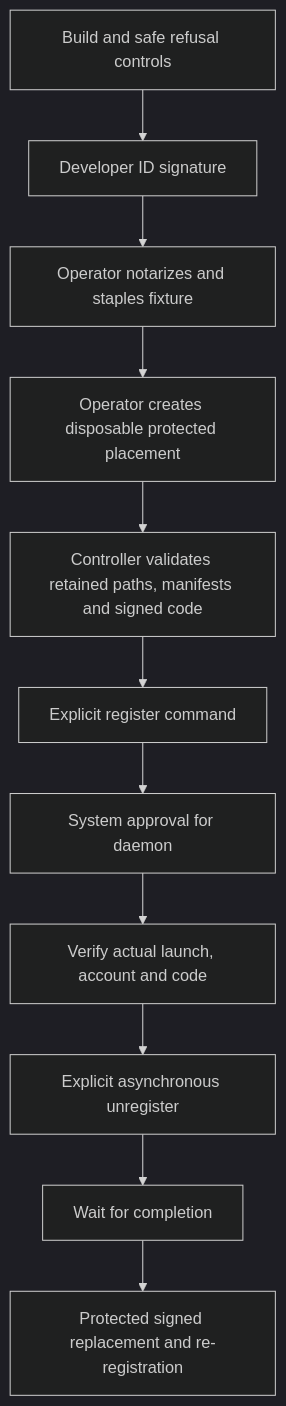
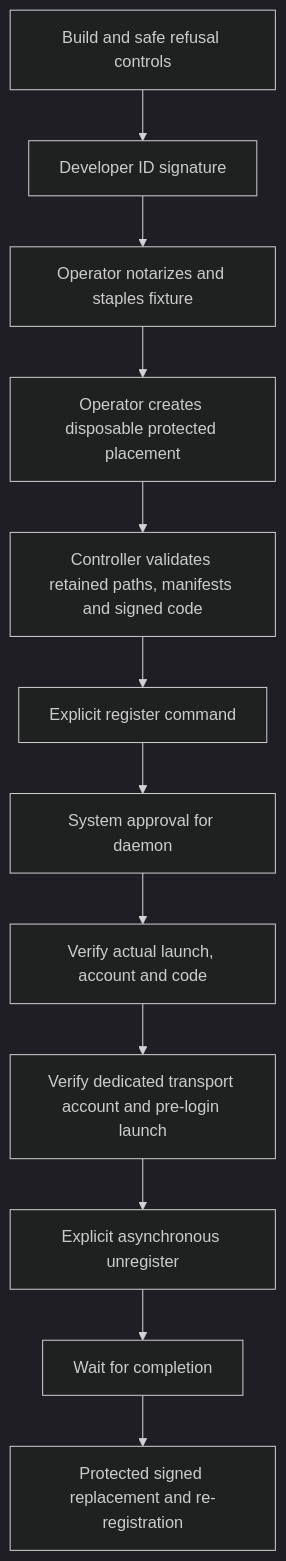
Before and after one commit to rock3r/remozio: the diagram in docs/experiments/service-lifecycle.md, drawn with Mermaid (dark theme). The commit also changed other lines of this file and 8 other files, not shown here.

First line of the commit message:
Prepare dedicated transport lifecycle checks

````diff
--- a/docs/experiments/service-lifecycle.md
+++ b/docs/experiments/service-lifecycle.md
@@ -8,13 +8,14 @@
 ```mermaid
 flowchart TD
     B[Build and safe refusal controls] --> S[Developer ID signature]
     S --> N[Operator notarizes and staples fixture]
     N --> P[Operator creates disposable protected placement]
     P --> G[Controller validates retained paths, manifests and signed code]
     G --> R[Explicit register command]
     R --> A[System approval for daemon]
     A --> L[Verify actual launch, account and code]
-    L --> U[Explicit asynchronous unregister]
+    L --> T[Verify dedicated transport account and pre-login launch]
+    T --> U[Explicit asynchronous unregister]
     U --> W[Wait for completion]
     W --> C[Protected signed replacement and re-registration]
 ```
````
